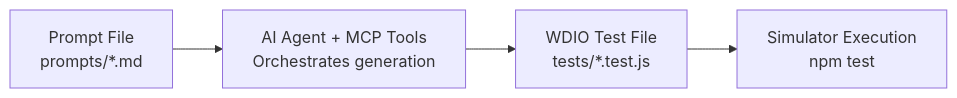
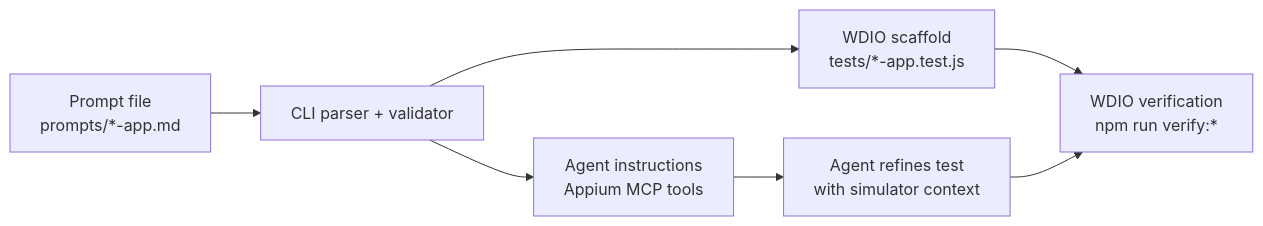
Before and after one commit to yashwant-das/ai-js-appium-mcp: the diagram in README.md, drawn with Mermaid. The commit also changed other lines of this file and 10 other files, not shown here.

Commit message:
docs: clarify appium mcp poc workflow

````diff
--- a/README.md
+++ b/README.md
@@ -7,6 +24,9 @@
 ```mermaid
 graph LR
-    A["Prompt File\nprompts/*.md"] --> B["AI Agent + MCP Tools\nOrchestrates generation"]
-    B --> C["WDIO Test File\ntests/*.test.js"]
-    C --> D["Simulator Execution\nnpm test"]
+    A["Prompt file\nprompts/*-app.md"] --> B["CLI parser + validator"]
+    B --> C["WDIO scaffold\ntests/*-app.test.js"]
+    B --> D["Agent instructions\nAppium MCP tools"]
+    D --> E["Agent refines test\nwith simulator context"]
+    C --> F["WDIO verification\nnpm run verify:*"]
+    E --> F
 ```
````
